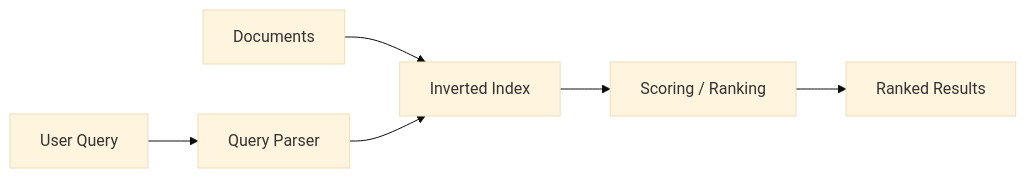
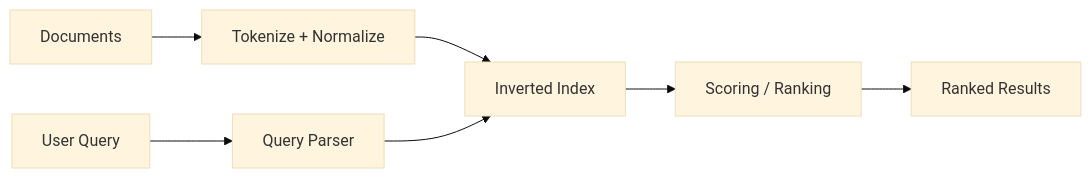
Before and after one commit to hareramcse/SystemDesign: the first of 9 diagrams in 14-search-systems/README.md, drawn with Mermaid (base theme). The commit also changed other lines of this file and 14 other files, not shown here.

````diff
--- a/14-search-systems/README.md
+++ b/14-search-systems/README.md
@@ -26,8 +60,9 @@
 ```mermaid
 flowchart LR
-    Docs[Documents] --> Index[Inverted Index]
+    Docs[Documents] --> Ingest[Tokenize + Normalize]
+    Ingest --> Index[Inverted Index]
     Query[User Query] --> Parse[Query Parser]
     Parse --> Index
-    Index --> Rank[Scoring / Ranking]
-    Rank --> Results[Ranked Results]
+    Index --> Score[Scoring / Ranking]
+    Score --> Results[Ranked Results]
 ```
````
